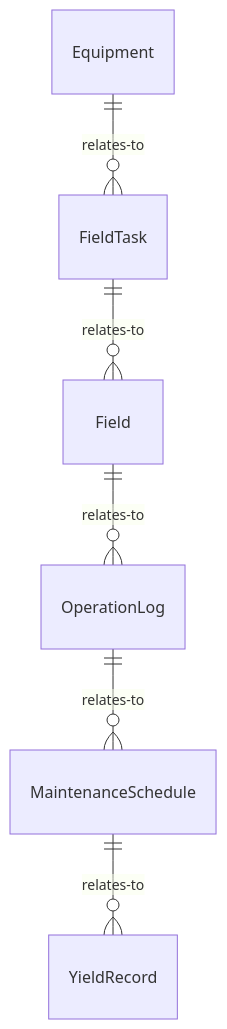
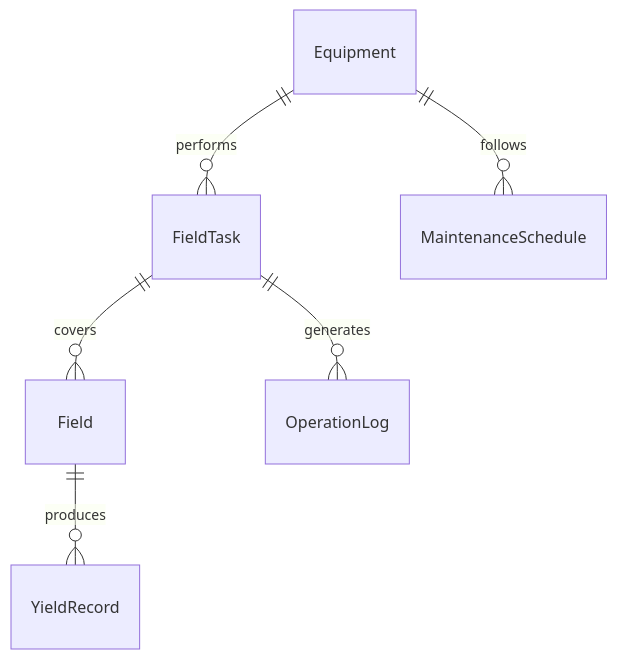
Before and after one commit to dot-org-ai/tasks.org.ai: the first of 4 diagrams in ControllingMachinesAndProcesses/OperateAgriculturalOrForestryEquipment/OperateFarmingEquipment.mdx, drawn with Mermaid. The commit also changed other lines of this file and 515 other files, not shown here.

````diff
--- a/ControllingMachinesAndProcesses/OperateAgriculturalOrForestryEquipment/OperateFarmingEquipment.mdx
+++ b/ControllingMachinesAndProcesses/OperateAgriculturalOrForestryEquipment/OperateFarmingEquipment.mdx
@@ -88,8 +88,8 @@
 ```mermaid
 erDiagram
-    Equipment ||--o{ FieldTask : relates-to
-    FieldTask ||--o{ Field : relates-to
-    Field ||--o{ OperationLog : relates-to
-    OperationLog ||--o{ MaintenanceSchedule : relates-to
-    MaintenanceSchedule ||--o{ YieldRecord : relates-to
+    Equipment ||--o{ FieldTask : performs
+    FieldTask ||--o{ Field : covers
+    FieldTask ||--o{ OperationLog : generates
+    Equipment ||--o{ MaintenanceSchedule : follows
+    Field ||--o{ YieldRecord : produces
 ```
````
